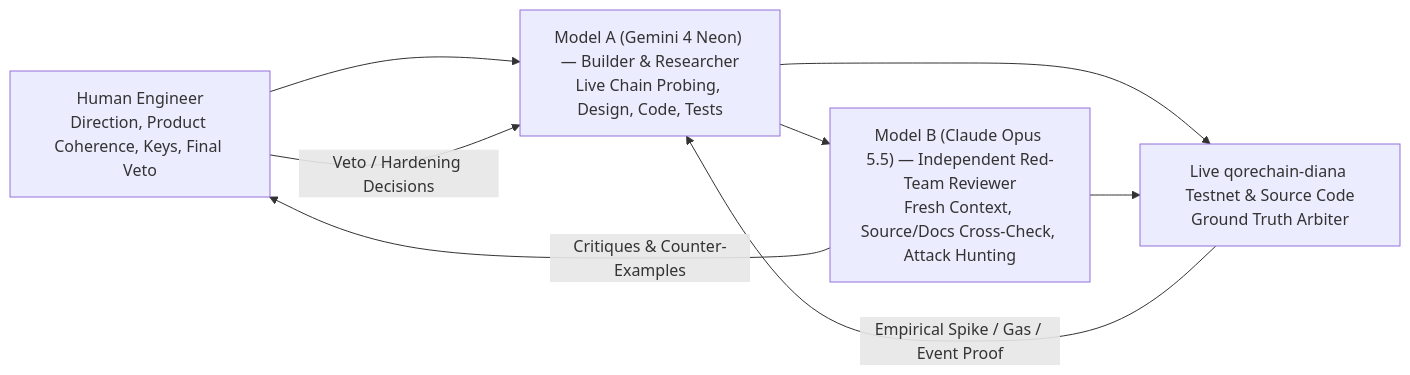
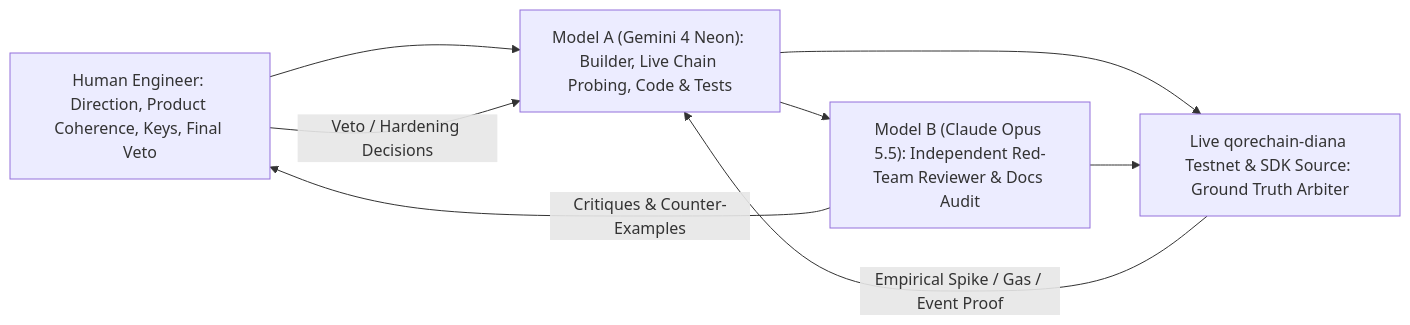
One commit to agvswira/attenua changed the diagram in AI_USAGE.md. Above: the diagram before and after it, drawn with Mermaid. The commit also changed other lines of this file and 4 other files, not shown here.

````diff
--- a/AI_USAGE.md
+++ b/AI_USAGE.md
@@ -9,15 +22,15 @@
 ```mermaid
 flowchart LR
-  H[Human Engineer<br/>Direction, Product Coherence, Keys, Final Veto]
-  M1["Model A (Gemini 4 Neon) — Builder & Researcher<br/>Live Chain Probing, Design, Code, Tests"]
-  M2["Model B (Claude Opus 5.5) — Independent Red-Team Reviewer<br/>Fresh Context, Source/Docs Cross-Check, Attack Hunting"]
-  C[Live qorechain-diana Testnet & Source Code<br/>Ground Truth Arbiter]
+  H["Human Engineer: Direction, Product Coherence, Keys, Final Veto"]
+  M1["Model A (Gemini 4 Neon): Builder, Live Chain Probing, Code & Tests"]
+  M2["Model B (Claude Opus 5.5): Independent Red-Team Reviewer & Docs Audit"]
+  C["Live qorechain-diana Testnet & SDK Source: Ground Truth Arbiter"]
 
   H --> M1
   M1 --> M2
   M2 -->|Critiques & Counter-Examples| H
   H -->|Veto / Hardening Decisions| M1
   M1 --> C
   M2 --> C
   C -->|Empirical Spike / Gas / Event Proof| M1
 ```
````
